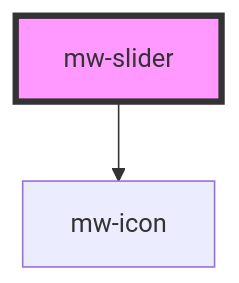
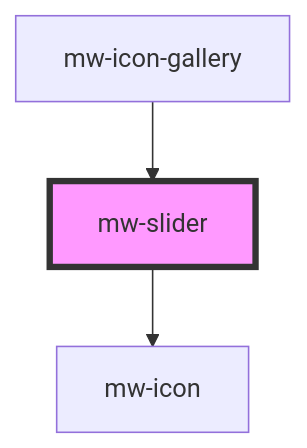
Before and after one commit to MaibornWolff/mwui: the diagram in mwui-stencil/src/components/mw-slider/readme.md, drawn with Mermaid. The commit also changed other lines of this file and 6 other files, not shown here.

````diff
--- a/mwui-stencil/src/components/mw-slider/readme.md
+++ b/mwui-stencil/src/components/mw-slider/readme.md
@@ -30,5 +34,6 @@
 ```mermaid
 graph TD;
   mw-slider --> mw-icon
+  mw-icon-gallery --> mw-slider
   style mw-slider fill:#f9f,stroke:#333,stroke-width:4px
 ```
````
